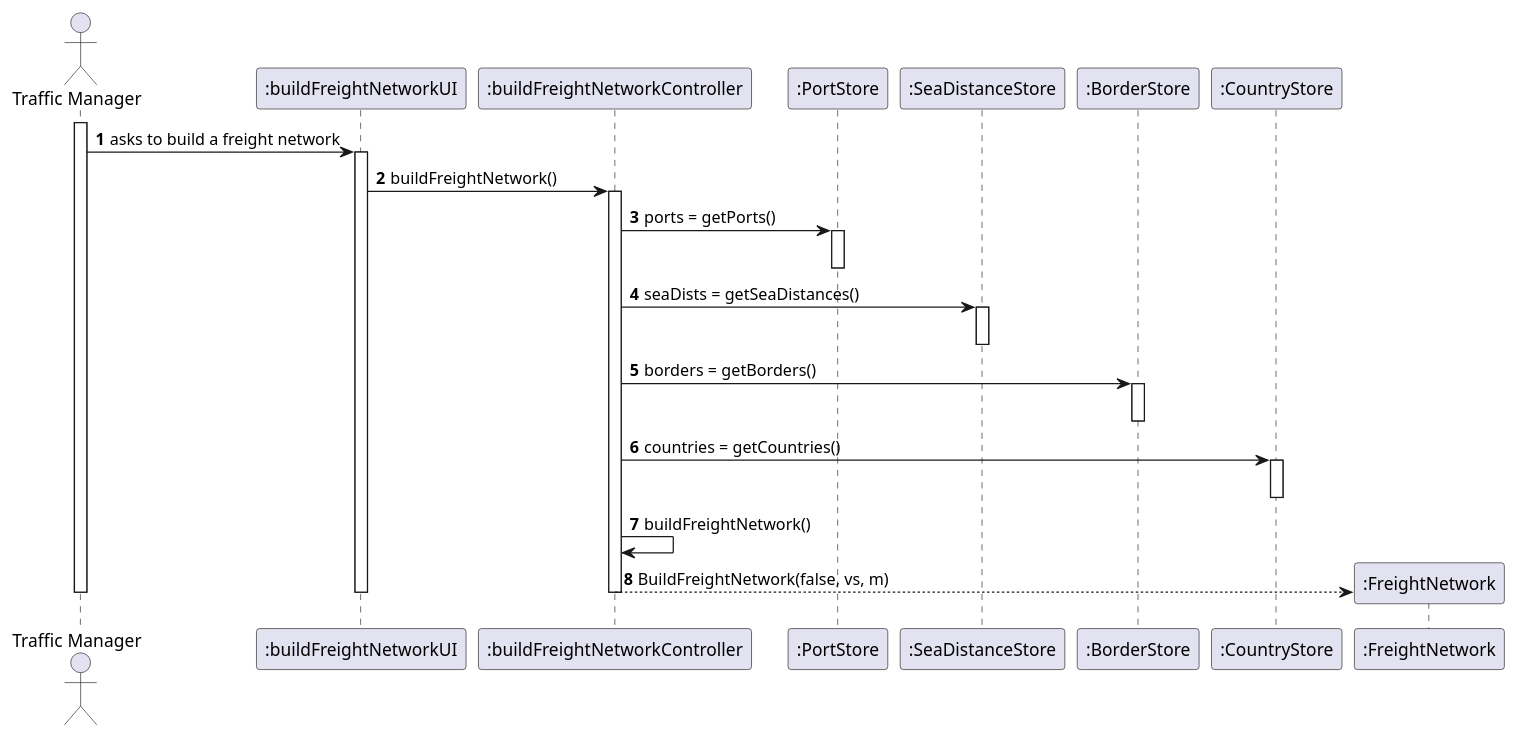
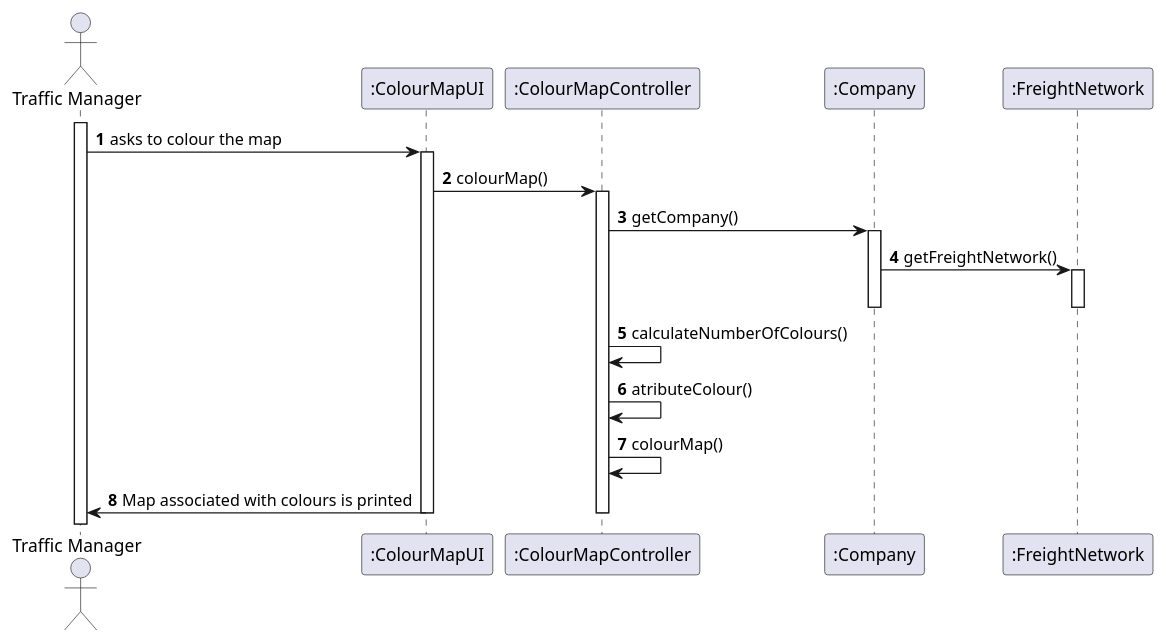
Before and after one commit to 1190772/LAB-Project-3: the diagram in docs/Sprint 3/US/US302/US301_SD.puml, drawn with PlantUML. The commit also changed 20 other files, not shown here.

```diff
--- a/docs/Sprint 3/US/US302/US301_SD.puml
+++ b/docs/Sprint 3/US/US302/US301_SD.puml
@@ -1,49 +1,43 @@
 @startuml
 'https://plantuml.com/sequence-diagram
 
 autonumber
 
 actor "Traffic Manager" as TM
 
-participant ":buildFreightNetworkUI" as UI
-participant ":buildFreightNetworkController" as CTRL
-participant ":PortStore" as P
-participant ":SeaDistanceStore" as SD
-participant ":BorderStore" as B
-participant ":CountryStore" as C
+participant ":ColourMapUI" as UI
+participant ":ColourMapController" as CTRL
+participant ":Company" as COMP
 participant ":FreightNetwork" as NET
 
 activate TM
-TM -> UI : asks to build a freight network
+TM -> UI : asks to colour the map
 
 activate UI
-UI -> CTRL : buildFreightNetwork()
+UI -> CTRL : colourMap()
 
 activate CTRL
+CTRL->COMP : getCompany()
 
-CTRL -> P : ports = getPorts()
-activate P
-deactivate P
+activate COMP
+COMP->NET : getFreightNetwork()
 
-CTRL -> SD : seaDists = getSeaDistances()
-activate SD
-deactivate SD
+activate NET
+deactivate NET
+deactivate COMP
 
-CTRL -> B : borders = getBorders()
-activate B
-deactivate B
+CTRL -> CTRL : calculateNumberOfColours()
 
-CTRL -> C : countries = getCountries()
-activate C
-deactivate C
+CTRL -> CTRL : atributeColour()
 
-CTRL -> CTRL : buildFreightNetwork()
+CTRL -> CTRL : colourMap()
 
-create NET
-CTRL --> NET : BuildFreightNetwork(false, vs, m)
+UI -> TM : Map associated with colours is printed
 
-deactivate NET
 deactivate CTRL
 deactivate UI
-deactivate TM
+
+
+
+
 @enduml
```
